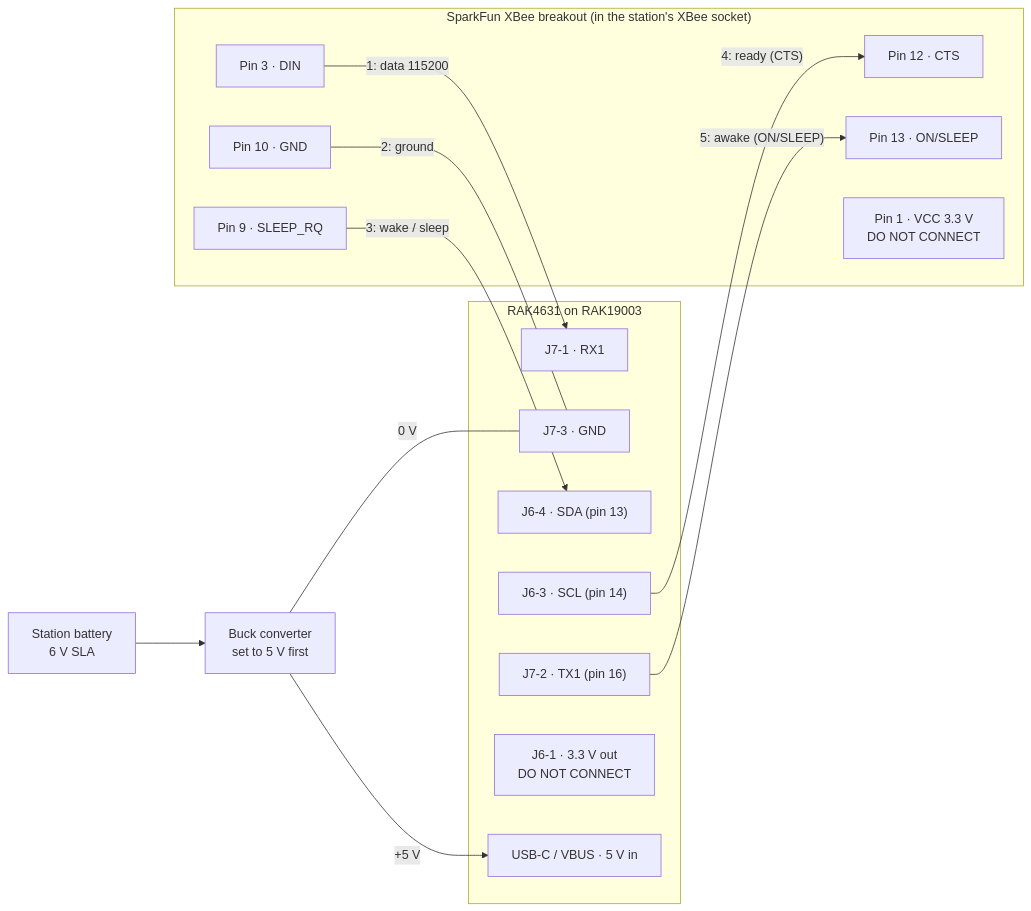
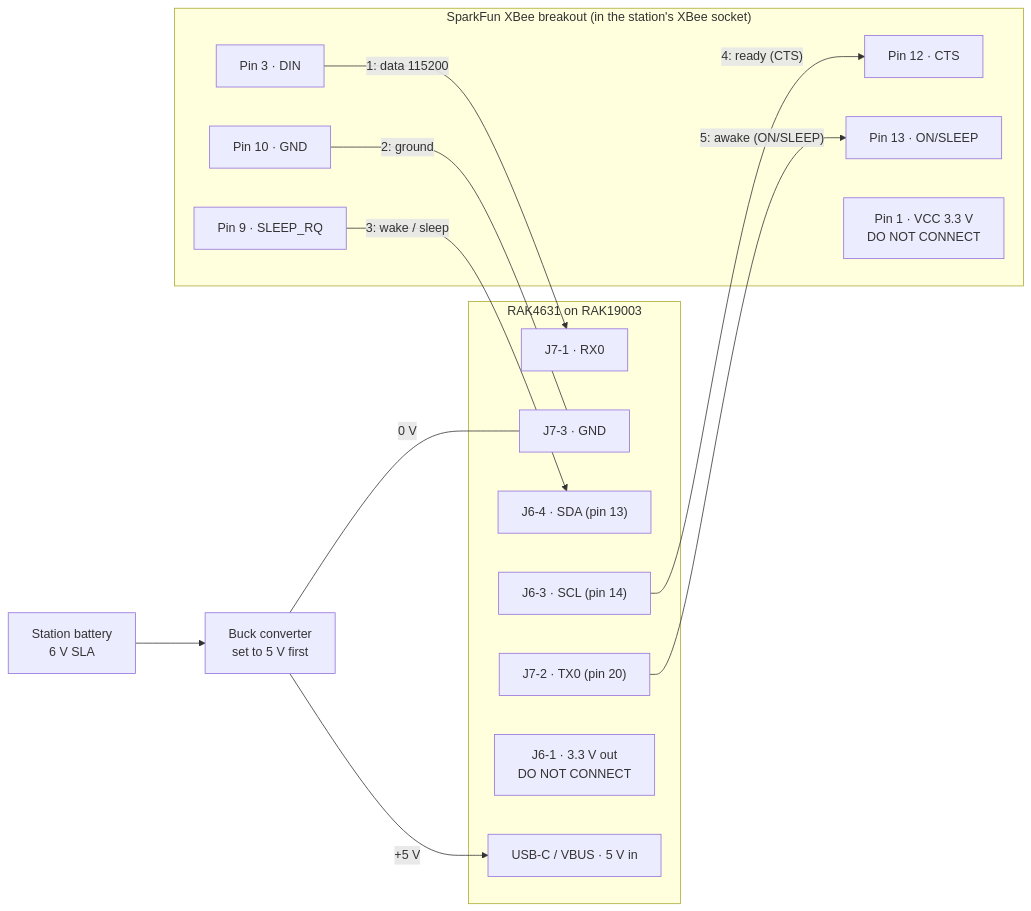
One commit to cvopicka/Rainwise-Wireless-Info changed the diagram in lora/README.md. Above: the diagram before and after it, drawn with Mermaid. The commit also changed other lines of this file and 6 other files, not shown here.

````diff
--- a/lora/README.md
+++ b/lora/README.md
@@ -219,28 +219,28 @@
 ```mermaid
 flowchart LR
   subgraph BOB["SparkFun XBee breakout (in the station's XBee socket)"]
     B3["Pin 3 · DIN"]
     B10["Pin 10 · GND"]
     B9["Pin 9 · SLEEP_RQ"]
     B12["Pin 12 · CTS"]
     B13["Pin 13 · ON/SLEEP"]
     B1["Pin 1 · VCC 3.3 V<br/>DO NOT CONNECT"]
   end
   subgraph RAK["RAK4631 on RAK19003"]
-    J7_1["J7-1 · RX1"]
+    J7_1["J7-1 · RX0"]
     J7_3["J7-3 · GND"]
     J6_4["J6-4 · SDA (pin 13)"]
     J6_3["J6-3 · SCL (pin 14)"]
-    J7_2["J7-2 · TX1 (pin 16)"]
+    J7_2["J7-2 · TX0 (pin 20)"]
     J6_1["J6-1 · 3.3 V out<br/>DO NOT CONNECT"]
     USB["USB-C / VBUS · 5 V in"]
   end
   BAT["Station battery<br/>6 V SLA"] --> BUCK["Buck converter<br/>set to 5 V first"]
   B3 -- "1: data 115200" --> J7_1
   B10 -- "2: ground" --- J7_3
   B9 -- "3: wake / sleep" --> J6_4
   J6_3 -- "4: ready (CTS)" --> B12
   J7_2 -- "5: awake (ON/SLEEP)" --> B13
   BUCK -- "+5 V" --> USB
   BUCK -- "0 V" --- J7_3
 ```
````
